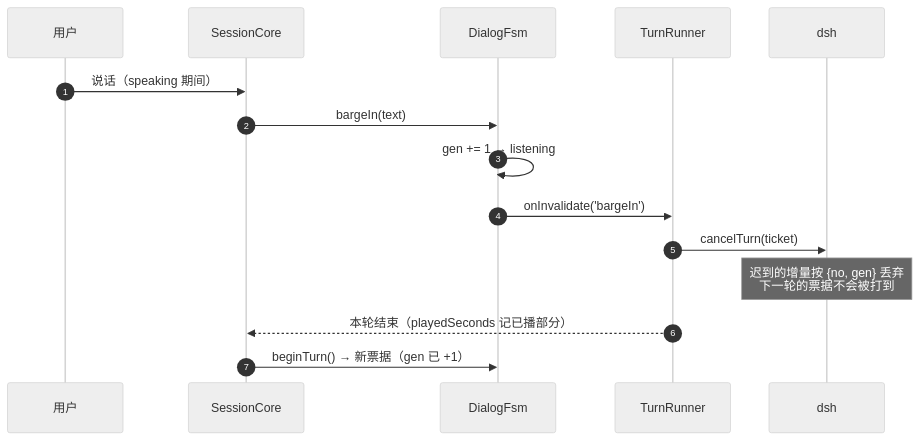
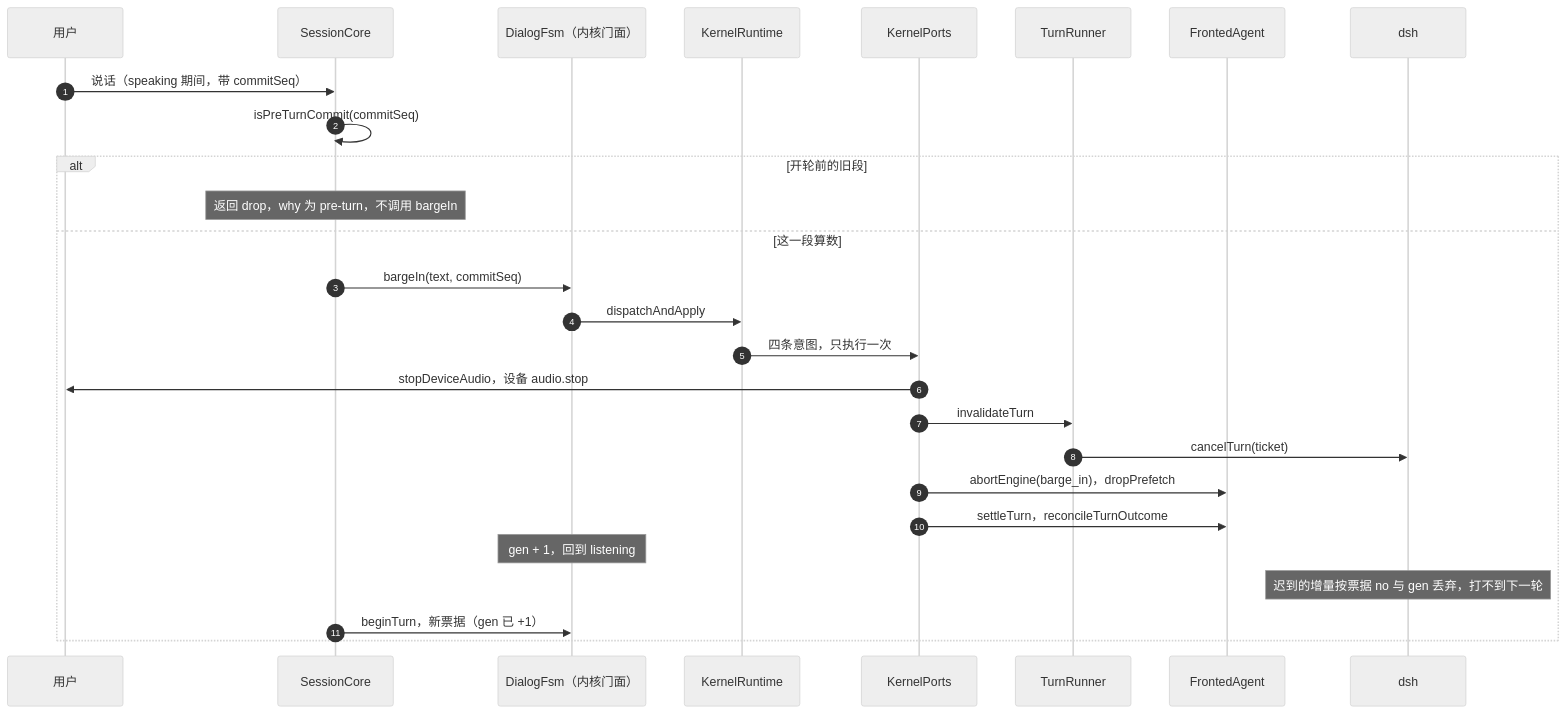
One commit to slchy/dsh-pet-wearable changed the ninth of 11 diagrams in docs/state-machines.md. Above: the diagram before and after it, drawn with Mermaid (neutral theme). The commit also changed other lines of this file and 9 other files, not shown here.

````diff
--- a/docs/state-machines.md
+++ b/docs/state-machines.md
@@ -770,18 +826,30 @@
 ```mermaid
 sequenceDiagram
     autonumber
     participant U as 用户
     participant SC as SessionCore
-    participant FSM as DialogFsm
+    participant FSM as DialogFsm（内核门面）
+    participant KR as KernelRuntime
+    participant KP as KernelPorts
     participant TR as TurnRunner
+    participant FA as FrontedAgent
     participant D as dsh
 
-    U->>SC: 说话（speaking 期间）
-    SC->>FSM: bargeIn(text)
-    FSM->>FSM: gen += 1 → listening
-    FSM->>TR: onInvalidate('bargeIn')
-    TR->>D: cancelTurn(ticket)
-    Note over D: 迟到的增量按 {no, gen} 丢弃<br/>下一轮的票据不会被打到
-    TR-->>SC: 本轮结束（playedSeconds 记已播部分）
-    SC->>FSM: beginTurn() → 新票据（gen 已 +1）
+    U->>SC: 说话（speaking 期间，带 commitSeq）
+    SC->>SC: isPreTurnCommit(commitSeq)
+    alt 开轮前的旧段
+        Note over SC: 返回 drop，why 为 pre-turn，不调用 bargeIn
+    else 这一段算数
+        SC->>FSM: bargeIn(text, commitSeq)
+        FSM->>KR: dispatchAndApply
+        KR->>KP: 四条意图，只执行一次
+        KP->>U: stopDeviceAudio，设备 audio.stop
+        KP->>TR: invalidateTurn
+        TR->>D: cancelTurn(ticket)
+        KP->>FA: abortEngine(barge_in)，dropPrefetch
+        KP->>FA: settleTurn，reconcileTurnOutcome
+        Note over FSM: gen + 1，回到 listening
+        Note over D: 迟到的增量按票据 no 与 gen 丢弃，打不到下一轮
+        SC->>FSM: beginTurn，新票据（gen 已 +1）
+    end
 ```
````
